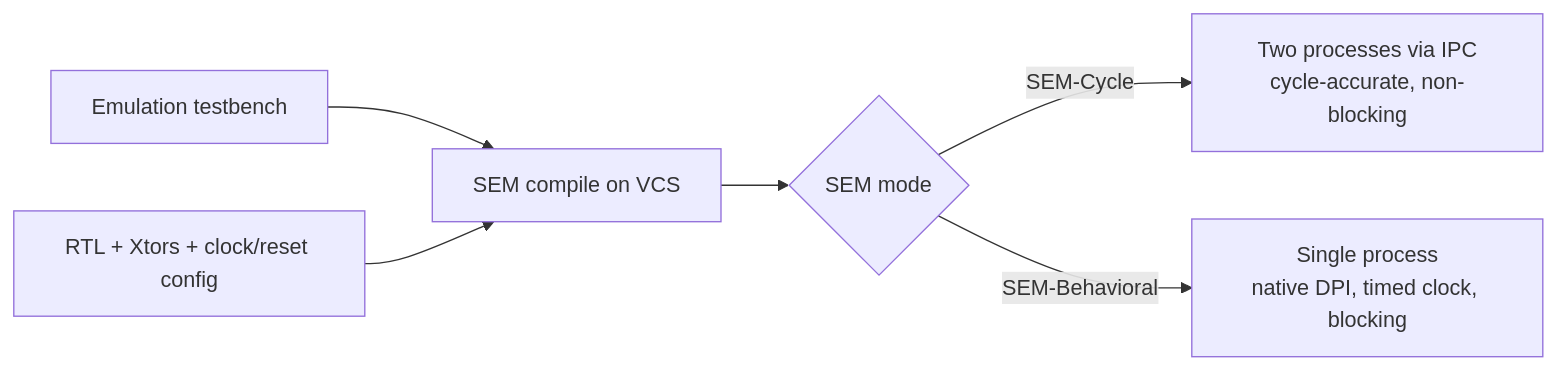
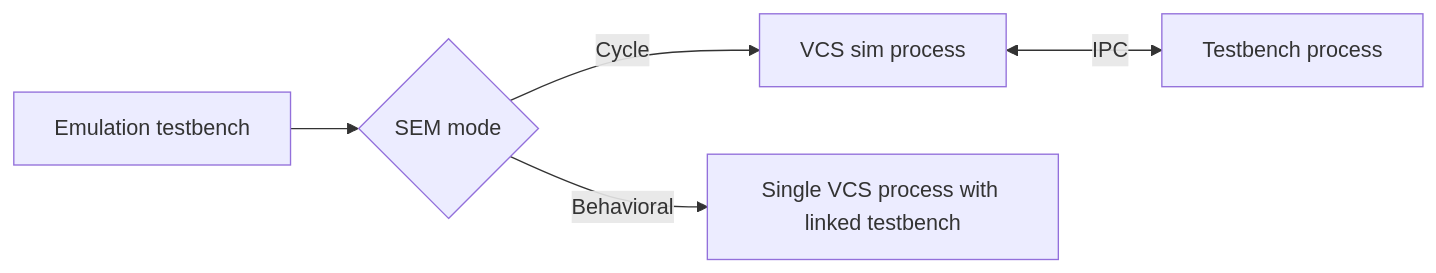
The diagram in docs/papers/ref-20261018-3821-simulated-emulation-enabling-multiple-iterations-in-a-day-du.md (nemo99007/yt-paper), drawn with Mermaid before and after one commit. The commit also changed other lines of this file and 172 other files, not shown here.

````diff
--- a/docs/papers/ref-20261018-3821-simulated-emulation-enabling-multiple-iterations-in-a-day-du.md
+++ b/docs/papers/ref-20261018-3821-simulated-emulation-enabling-multiple-iterations-in-a-day-du.md
@@ -317,8 +203,6 @@
 ```mermaid
 flowchart LR
-    TB[Emulation testbench] --> SC[SEM compile on VCS]
-    RTL[RTL + Xtors + clock/reset config] --> SC
-    SC --> M{SEM mode}
-    M -->|SEM-Cycle| C[Two processes via IPC<br/>cycle-accurate, non-blocking]
-    M -->|SEM-Behavioral| B[Single process<br/>native DPI, timed clock, blocking]
+  TB[Emulation testbench] --> C{SEM mode}
+  C -->|Cycle| S1[VCS sim process] <-->|IPC| T1[Testbench process]
+  C -->|Behavioral| S2[Single VCS process with linked testbench]
 ```
````
